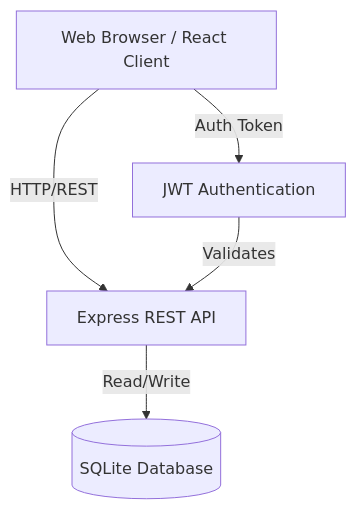
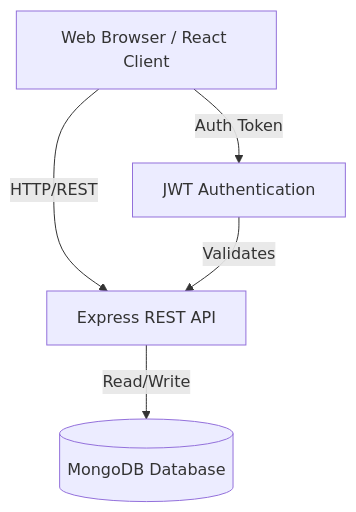
The first of 3 diagrams in SYSTEM_DESIGN.md (jainaradhy/team_task-manager-assesment), drawn with Mermaid before and after one commit. The commit also changed other lines of this file and 29 other files, not shown here.

````diff
--- a/SYSTEM_DESIGN.md
+++ b/SYSTEM_DESIGN.md
@@ -18,12 +18,12 @@
 ```mermaid
 graph TD
     Client[Web Browser / React Client]
     API[Express REST API]
-    DB[(SQLite Database)]
+    DB[(MongoDB Database)]
     Auth[JWT Authentication]
     
     Client -- HTTP/REST --> API
     API -- Read/Write --> DB
     Client -- Auth Token --> Auth
     Auth -- Validates --> API
 ```
````
